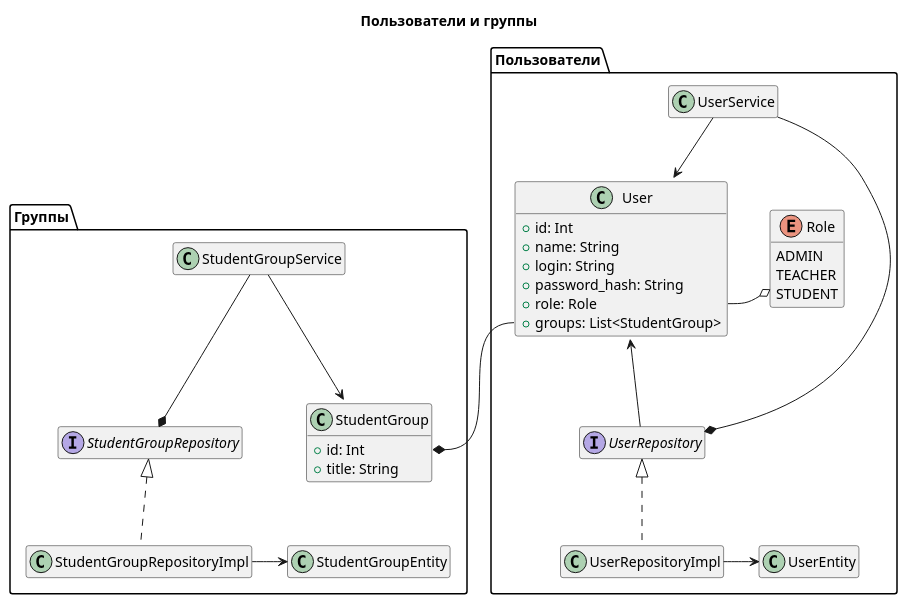
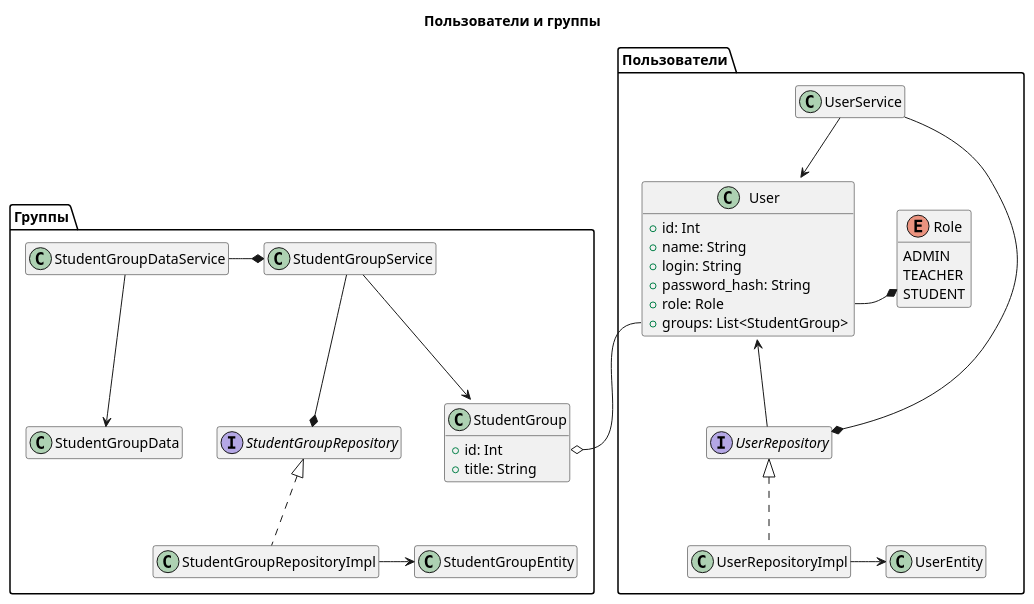
Before and after one commit to hyposun/deppplom: the diagram in src/main/docs/classes_user_and_groups.puml, drawn with PlantUML. The commit also changed 5 other files, not shown here.

Commit message:
new: документация: базовая схема

```diff
--- a/src/main/docs/classes_user_and_groups.puml
+++ b/src/main/docs/classes_user_and_groups.puml
@@ -1,69 +1,71 @@
 @startuml
 
 hide empty members
 allowmixing
 
 title "Пользователи и группы"
 
 package "Группы" as groups {
 
     class StudentGroupService
     interface StudentGroupRepository
 
     class StudentGroup {
         + id: Int
         + title: String
     }
 
 
     StudentGroupService --> StudentGroup
 
     class StudentGroupRepositoryImpl implements StudentGroupRepository
     class StudentGroupEntity
     StudentGroupRepositoryImpl -> StudentGroupEntity
 
     StudentGroupService --* StudentGroupRepository
 
-
-
+    class StudentGroupDataService
+    StudentGroupDataService -* StudentGroupService
+    class StudentGroupData
+    StudentGroupDataService --> StudentGroupData
 
 }
 
 package "Пользователи" as users {
 
     class UserService
     interface UserRepository
 
     class User {
         + id: Int
         + name: String
         + login: String
         + password_hash: String
         + role: Role
         + groups: List<StudentGroup>
     }
 
     enum Role {
         ADMIN
         TEACHER
         STUDENT
     }
 
 
-    Role o- User::role
-    User::groups --* groups.StudentGroup::id
+    Role *- User::role
+    User::groups --o groups.StudentGroup::id
     User <-- UserRepository
 
     class UserRepositoryImpl implements UserRepository
     class UserRepositoryImpl
     class UserEntity
 
     UserRepositoryImpl -> UserEntity
 
     UserService --* UserRepository
     UserService --> User
 
 
 }
 
 @enduml
```
